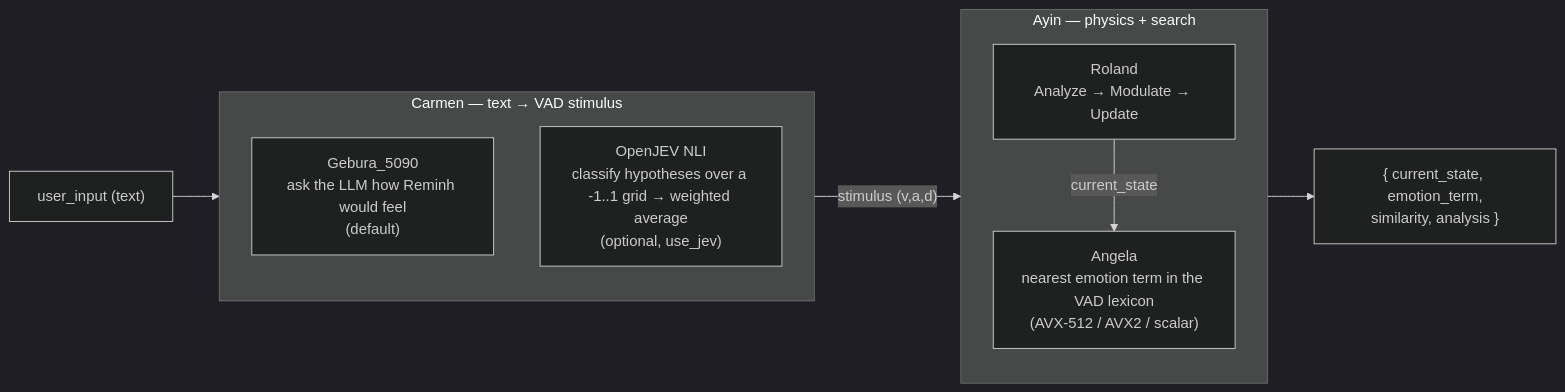
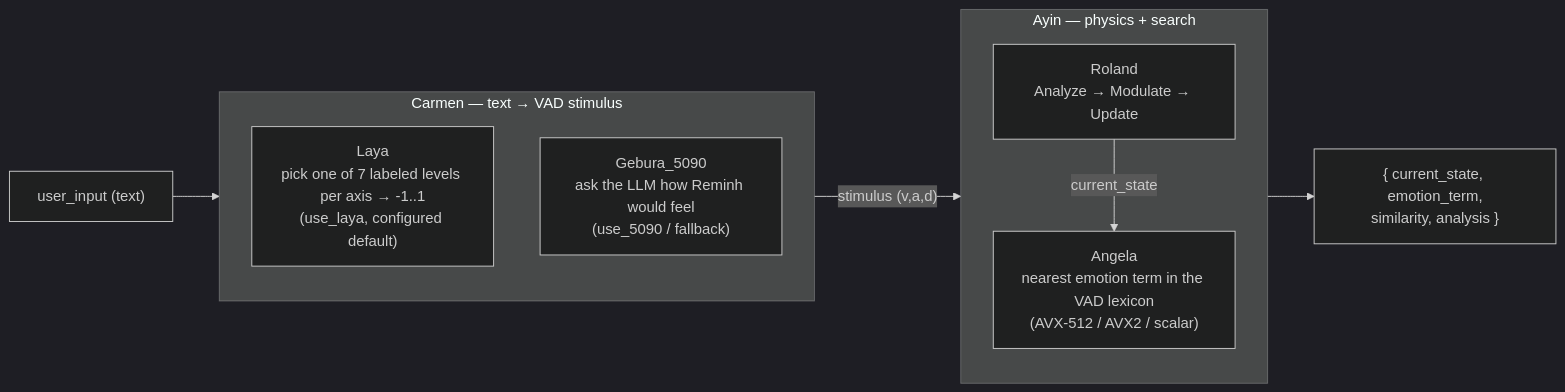
One commit to deltaAnima/Project_deltaAnima changed the seventh of 9 diagrams in README.md. Above: the diagram before and after it, drawn with Mermaid (dark theme). The commit also changed other lines of this file, not shown here.

Commit message:
DOCS: update README for Laya, SGLang, identity scopes, Discord route, TUI

````diff
--- a/README.md
+++ b/README.md
@@ -453,21 +502,21 @@
 ```mermaid
 flowchart LR
     T["user_input (text)"] --> CA
 
     subgraph CA["Carmen — text → VAD stimulus"]
         direction TB
-        G5["Gebura_5090<br/>ask the LLM how Reminh would feel<br/>(default)"]
-        OJV["OpenJEV NLI<br/>classify hypotheses over a -1..1 grid → weighted average<br/>(optional, use_jev)"]
+        OJV["Laya<br/>pick one of 7 labeled levels per axis → -1..1<br/>(use_laya, configured default)"]
+        G5["Gebura_5090<br/>ask the LLM how Reminh would feel<br/>(use_5090 / fallback)"]
     end
 
     CA -- "stimulus (v,a,d)" --> AY
 
     subgraph AY["Ayin — physics + search"]
         direction TB
         RO["Roland<br/>Analyze → Modulate → Update"]
         AN["Angela<br/>nearest emotion term in the VAD lexicon<br/>(AVX-512 / AVX2 / scalar)"]
         RO -- "current_state" --> AN
     end
 
     AY --> OUT["{ current_state, emotion_term,<br/>similarity, analysis }"]
 ```
````
